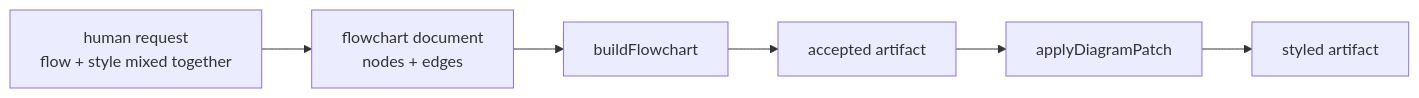
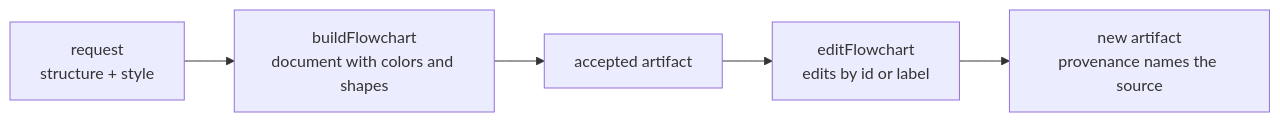
The sixth of 16 diagrams in docs/mcp-tool-catalog.md (shpitdev/sketchi), drawn with Mermaid before and after one commit. The commit also changed other lines of this file and 21 other files, not shown here.

First line of the commit message:
chore(flowchart): delete the old flowchart contract (#720)

````diff
--- a/docs/mcp-tool-catalog.md
+++ b/docs/mcp-tool-catalog.md
@@ -312,15 +306,13 @@
 ```mermaid
 flowchart LR
-  Request["human request<br/>flow + style mixed together"]
-  Spec["flowchart document<br/>nodes + edges"]
-  Build["buildFlowchart"]
+  Request["request<br/>structure + style"]
+  Build["buildFlowchart<br/>document with colors and shapes"]
   Accepted["accepted artifact"]
-  Patch["applyDiagramPatch"]
-  Styled["styled artifact"]
+  Edit["editFlowchart<br/>edits by id or label"]
+  Edited["new artifact<br/>provenance names the source"]
 
-  Request --> Spec
-  Spec --> Build
+  Request --> Build
   Build --> Accepted
-  Accepted --> Patch
-  Patch --> Styled
+  Accepted --> Edit
+  Edit --> Edited
 ```
````
